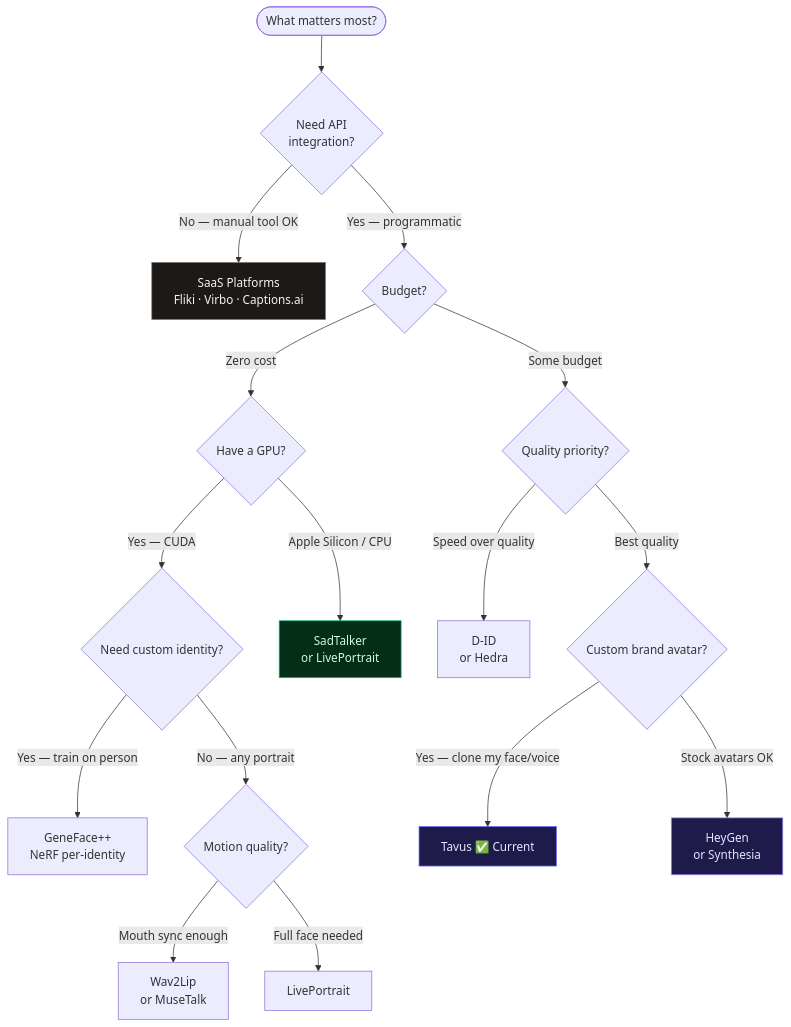
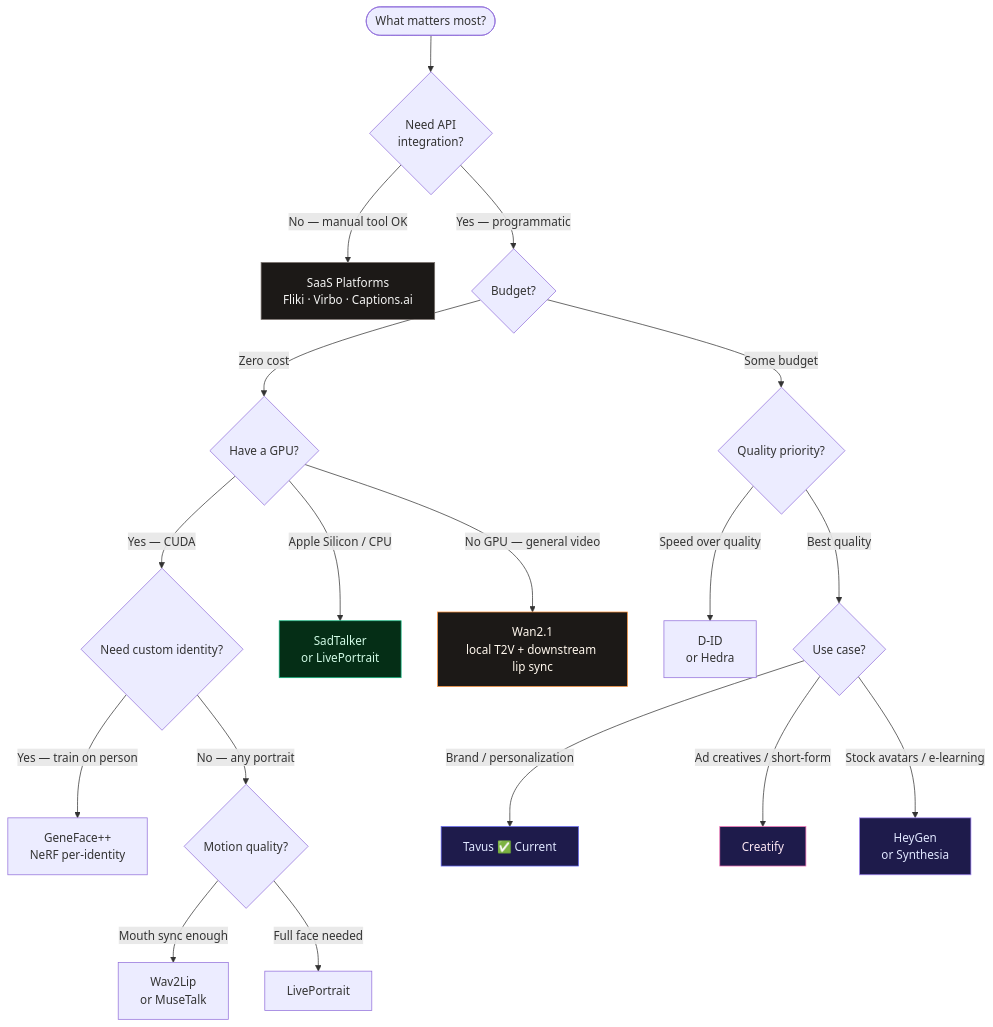
Diagram 17 of 17 in README.md (Adityajparmar37/submagic-avtar-poc), drawn with Mermaid before and after one commit. The commit also changed other lines of this file, not shown here.

First line of the commit message:
docs: add Creatify, OmniHuman-1, and Wan2.1 to platform comparison

````diff
--- a/README.md
+++ b/README.md
@@ -585,30 +679,35 @@
 ```mermaid
 flowchart TD
     START([What matters most?]) --> Q1{Need API\nintegration?}
 
     Q1 -->|No — manual tool OK| SaaS[SaaS Platforms\nFliki · Virbo · Captions.ai]
     Q1 -->|Yes — programmatic| Q2{Budget?}
 
     Q2 -->|Zero cost| Q3{Have a GPU?}
     Q2 -->|Some budget| Q4{Quality priority?}
 
     Q3 -->|Yes — CUDA| Q5{Need custom identity?}
     Q3 -->|Apple Silicon / CPU| LOCAL_FREE[SadTalker\nor LivePortrait]
 
     Q5 -->|Yes — train on person| GENEF[GeneFace++\nNeRF per-identity]
     Q5 -->|No — any portrait| Q6{Motion quality?}
 
     Q6 -->|Mouth sync enough| MUSETALK[Wav2Lip\nor MuseTalk]
     Q6 -->|Full face needed| LIVE[LivePortrait]
 
     Q4 -->|Speed over quality| DID[D-ID\nor Hedra]
-    Q4 -->|Best quality| Q7{Custom brand avatar?}
+    Q4 -->|Best quality| Q7{Use case?}
 
-    Q7 -->|Yes — clone my face/voice| TAVUS[Tavus ✅ Current]
-    Q7 -->|Stock avatars OK| HEYGEN[HeyGen\nor Synthesia]
+    Q7 -->|Brand / personalization| TAVUS[Tavus ✅ Current]
+    Q7 -->|Ad creatives / short-form| CREATIFY[Creatify]
+    Q7 -->|Stock avatars / e-learning| HEYGEN[HeyGen\nor Synthesia]
+
+    Q3 -->|No GPU — general video| WAN[Wan2.1\nlocal T2V + downstream lip sync]
 
     style TAVUS fill:#1e1b4b,stroke:#6366f1,color:#e0e7ff
+    style CREATIFY fill:#1e1b4b,stroke:#f472b6,color:#fce7f3
     style LOCAL_FREE fill:#052e16,stroke:#10b981,color:#d1fae5
     style HEYGEN fill:#1e1b4b,stroke:#a78bfa,color:#e0e7ff
     style SaaS fill:#1c1917,stroke:#78716c,color:#f5f5f4
+    style WAN fill:#1c1917,stroke:#fb923c,color:#fff7ed
 ```
````
